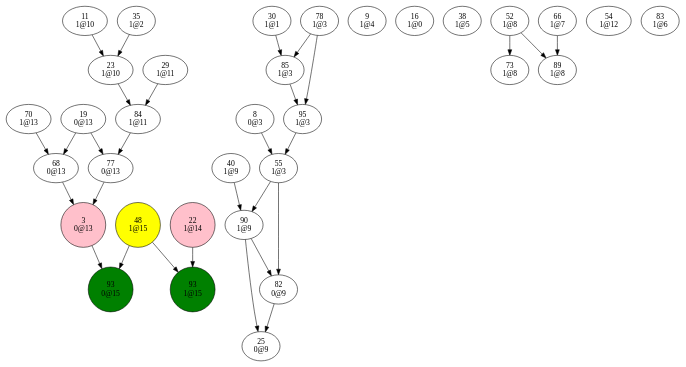
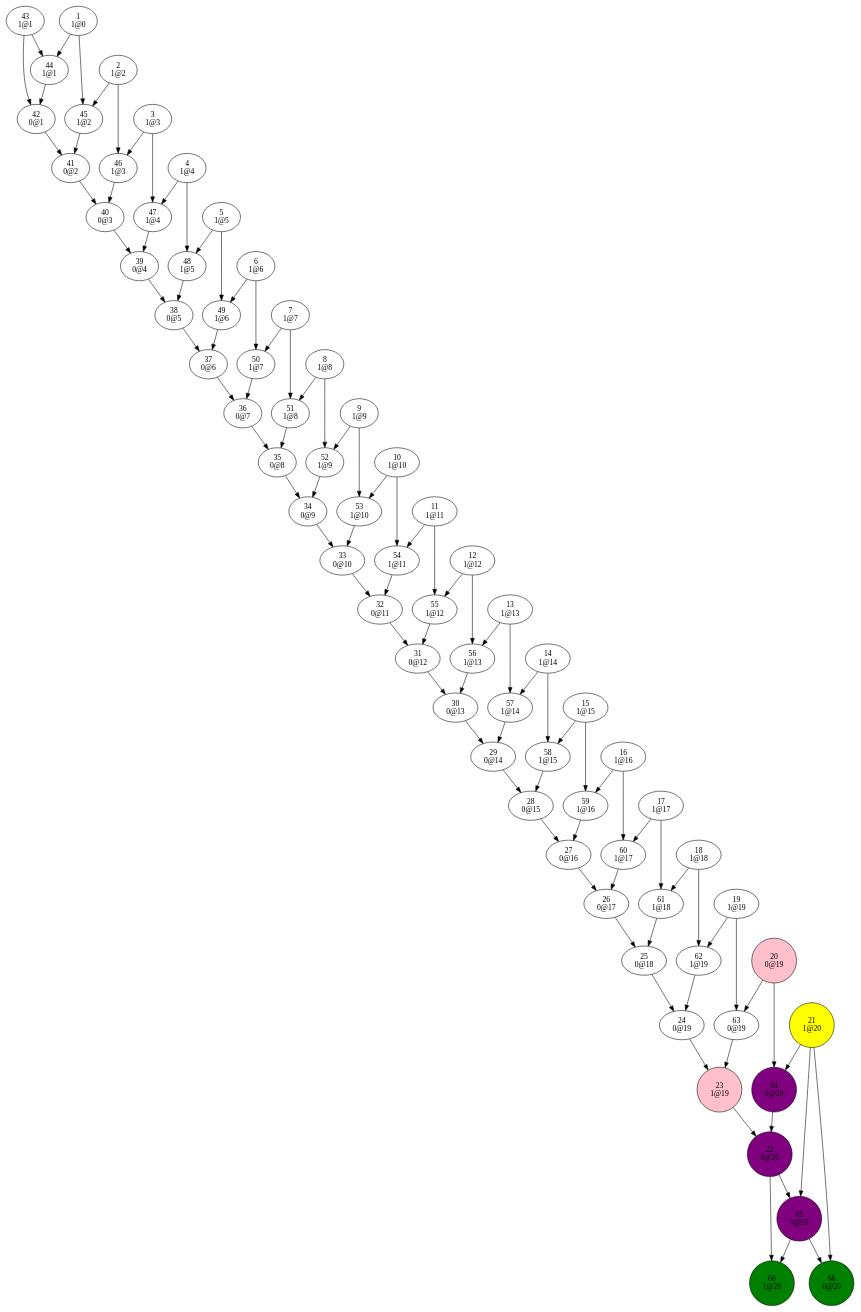
The diagram in dev/bin/conflictGraph2.dot (Oxmose/SATSolver), drawn with Graphviz before and after one commit. The commit also changed 18 other files, not shown here.

```diff
--- a/dev/bin/conflictGraph2.dot
+++ b/dev/bin/conflictGraph2.dot
@@ -1,119 +1,292 @@
 digraph {
-"3
-0@13"->"93
-0@15";
-"8
-0@3"->"55
-1@3";
-"9
-1@4";
-"11
-1@10"->"23
-1@10";
-"16
-1@0";
-"19
-0@13"->"68
-0@13";
-"19
-0@13"->"77
-0@13";
-"22
-1@14"->"93
-1@15";
-"23
-1@10"->"84
-1@11";
-"25
-0@9";
-"29
-1@11"->"84
-1@11";
-"30
-1@1"->"85
-1@3";
-"35
-1@2"->"23
-1@10";
-"38
-1@5";
-"40
-1@9"->"90
-1@9";
-"48
-1@15"->"93
-0@15";
-"48
-1@15"->"93
-1@15";
-"52
-1@8"->"73
-1@8";
-"52
-1@8"->"89
-1@8";
-"54
-1@12";
-"55
-1@3"->"82
-0@9";
-"55
-1@3"->"90
-1@9";
-"66
-1@7"->"89
-1@8";
-"68
-0@13"->"3
-0@13";
-"70
-1@13"->"68
-0@13";
-"73
-1@8";
-"77
-0@13"->"3
-0@13";
-"78
-1@3"->"85
-1@3";
-"78
-1@3"->"95
-1@3";
-"82
-0@9"->"25
-0@9";
-"83
-1@6";
-"84
-1@11"->"77
-0@13";
-"85
-1@3"->"95
-1@3";
-"89
-1@8";
-"90
-1@9"->"25
-0@9";
-"90
-1@9"->"82
-0@9";
-"93
-0@15";
-"93
-1@15";
-"95
-1@3"->"55
+"1
+1@0"->"44
+1@1";
+"1
+1@0"->"45
+1@2";
+"2
+1@2"->"45
+1@2";
+"2
+1@2"->"46
 1@3";
 "3
-0@13"[shape=circle, style=filled, fillcolor=pink];
+1@3"->"46
+1@3";
+"3
+1@3"->"47
+1@4";
+"4
+1@4"->"47
+1@4";
+"4
+1@4"->"48
+1@5";
+"5
+1@5"->"48
+1@5";
+"5
+1@5"->"49
+1@6";
+"6
+1@6"->"49
+1@6";
+"6
+1@6"->"50
+1@7";
+"7
+1@7"->"50
+1@7";
+"7
+1@7"->"51
+1@8";
+"8
+1@8"->"51
+1@8";
+"8
+1@8"->"52
+1@9";
+"9
+1@9"->"52
+1@9";
+"9
+1@9"->"53
+1@10";
+"10
+1@10"->"53
+1@10";
+"10
+1@10"->"54
+1@11";
+"11
+1@11"->"54
+1@11";
+"11
+1@11"->"55
+1@12";
+"12
+1@12"->"55
+1@12";
+"12
+1@12"->"56
+1@13";
+"13
+1@13"->"56
+1@13";
+"13
+1@13"->"57
+1@14";
+"14
+1@14"->"57
+1@14";
+"14
+1@14"->"58
+1@15";
+"15
+1@15"->"58
+1@15";
+"15
+1@15"->"59
+1@16";
+"16
+1@16"->"59
+1@16";
+"16
+1@16"->"60
+1@17";
+"17
+1@17"->"60
+1@17";
+"17
+1@17"->"61
+1@18";
+"18
+1@18"->"61
+1@18";
+"18
+1@18"->"62
+1@19";
+"19
+1@19"->"62
+1@19";
+"19
+1@19"->"63
+0@19";
+"20
+0@19"->"63
+0@19";
+"20
+0@19"->"64
+0@20";
+"21
+1@20"->"64
+0@20";
+"21
+1@20"->"65
+0@20";
+"21
+1@20"->"66
+0@20";
 "22
-1@14"[shape=circle, style=filled, fillcolor=pink];
+0@20"->"65
+0@20";
+"22
+0@20"->"66
+1@20";
+"23
+1@19"->"22
+0@20";
+"24
+0@19"->"23
+1@19";
+"25
+0@18"->"24
+0@19";
+"26
+0@17"->"25
+0@18";
+"27
+0@16"->"26
+0@17";
+"28
+0@15"->"27
+0@16";
+"29
+0@14"->"28
+0@15";
+"30
+0@13"->"29
+0@14";
+"31
+0@12"->"30
+0@13";
+"32
+0@11"->"31
+0@12";
+"33
+0@10"->"32
+0@11";
+"34
+0@9"->"33
+0@10";
+"35
+0@8"->"34
+0@9";
+"36
+0@7"->"35
+0@8";
+"37
+0@6"->"36
+0@7";
+"38
+0@5"->"37
+0@6";
+"39
+0@4"->"38
+0@5";
+"40
+0@3"->"39
+0@4";
+"41
+0@2"->"40
+0@3";
+"42
+0@1"->"41
+0@2";
+"43
+1@1"->"42
+0@1";
+"43
+1@1"->"44
+1@1";
+"44
+1@1"->"42
+0@1";
+"45
+1@2"->"41
+0@2";
+"46
+1@3"->"40
+0@3";
+"47
+1@4"->"39
+0@4";
 "48
-1@15"[shape=circle, style=filled, fillcolor=yellow];
-"93
-0@15"[shape=circle, style=filled, fillcolor=green];
-"93
-1@15"[shape=circle, style=filled, fillcolor=green];
+1@5"->"38
+0@5";
+"49
+1@6"->"37
+0@6";
+"50
+1@7"->"36
+0@7";
+"51
+1@8"->"35
+0@8";
+"52
+1@9"->"34
+0@9";
+"53
+1@10"->"33
+0@10";
+"54
+1@11"->"32
+0@11";
+"55
+1@12"->"31
+0@12";
+"56
+1@13"->"30
+0@13";
+"57
+1@14"->"29
+0@14";
+"58
+1@15"->"28
+0@15";
+"59
+1@16"->"27
+0@16";
+"60
+1@17"->"26
+0@17";
+"61
+1@18"->"25
+0@18";
+"62
+1@19"->"24
+0@19";
+"63
+0@19"->"23
+1@19";
+"64
+0@20"->"22
+0@20";
+"65
+0@20"->"66
+0@20";
+"65
+0@20"->"66
+1@20";
+"66
+0@20";
+"66
+1@20";
+"20
+0@19"[shape=circle, style=filled, fillcolor=pink];
+"21
+1@20"[shape=circle, style=filled, fillcolor=yellow];
+"22
+0@20"[shape=circle, style=filled, fillcolor=purple];
+"23
+1@19"[shape=circle, style=filled, fillcolor=pink];
+"64
+0@20"[shape=circle, style=filled, fillcolor=purple];
+"65
+0@20"[shape=circle, style=filled, fillcolor=purple];
+"66
+0@20"[shape=circle, style=filled, fillcolor=green];
+"66
+1@20"[shape=circle, style=filled, fillcolor=green];
 }
```
